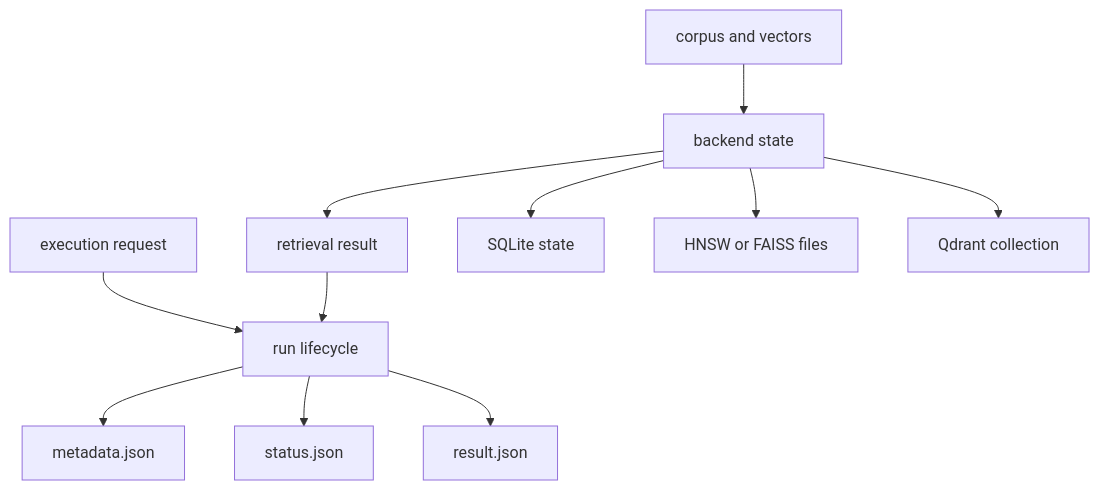
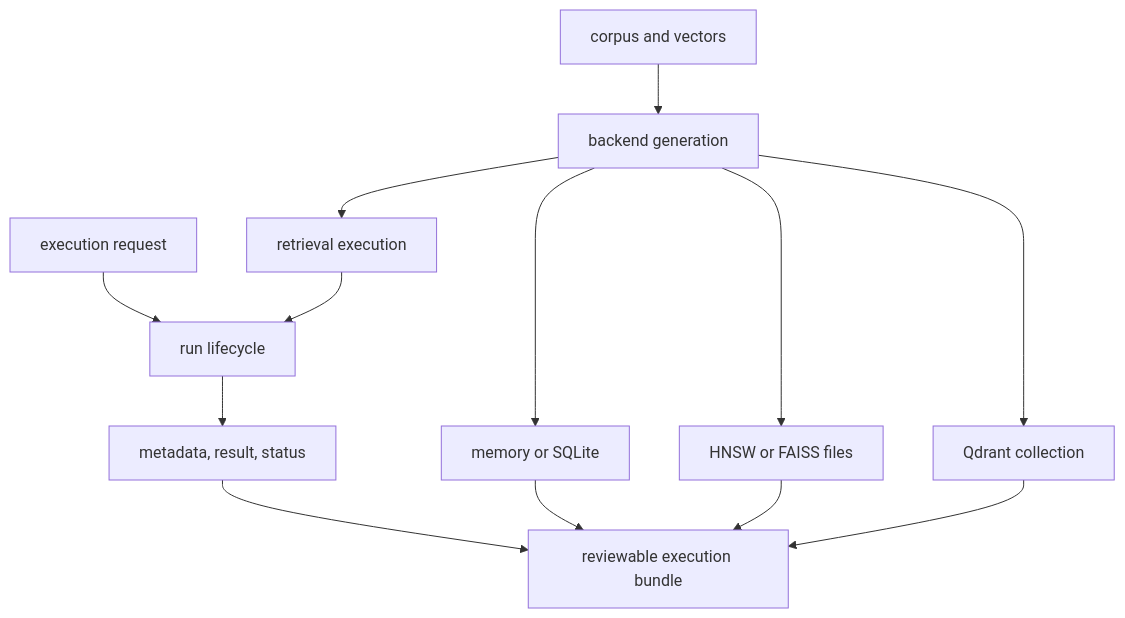
One commit to bijux/bijux-canon changed the first of 2 diagrams in docs/03-bijux-canon-index/architecture/state-and-persistence.md. Above: the diagram before and after it, drawn with Mermaid. The commit also changed other lines of this file and 1 other file, not shown here.

Commit message:
docs(index): define backend and retention contracts

````diff
--- a/docs/03-bijux-canon-index/architecture/state-and-persistence.md
+++ b/docs/03-bijux-canon-index/architecture/state-and-persistence.md
@@ -18,13 +20,15 @@
 ```mermaid
 flowchart TD
-    corpus["corpus and vectors"] --> backend["backend state"]
-    request["execution request"] --> run["run lifecycle"]
-    backend --> result["retrieval result"]
-    result --> run
-    run --> metadata["metadata.json"]
-    run --> status["status.json"]
-    run --> output["result.json"]
-    backend --> sqlite["SQLite state"]
+    corpus["corpus and vectors"] --> backend["backend generation"]
+    request["execution request"] --> lifecycle["run lifecycle"]
+    backend --> query["retrieval execution"]
+    query --> lifecycle
+    lifecycle --> run["metadata, result, status"]
+    backend --> local["memory or SQLite"]
     backend --> native["HNSW or FAISS files"]
-    backend --> service["Qdrant collection"]
+    backend --> remote["Qdrant collection"]
+    run --> bundle["reviewable execution bundle"]
+    local --> bundle
+    native --> bundle
+    remote --> bundle
 ```
````
